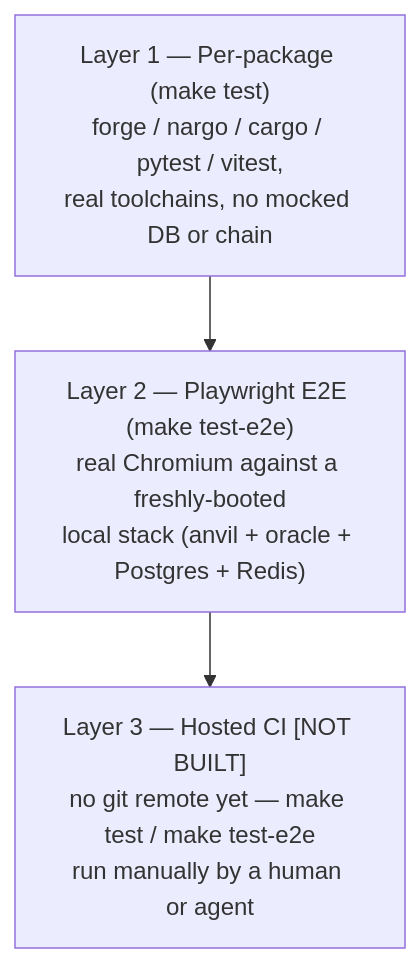
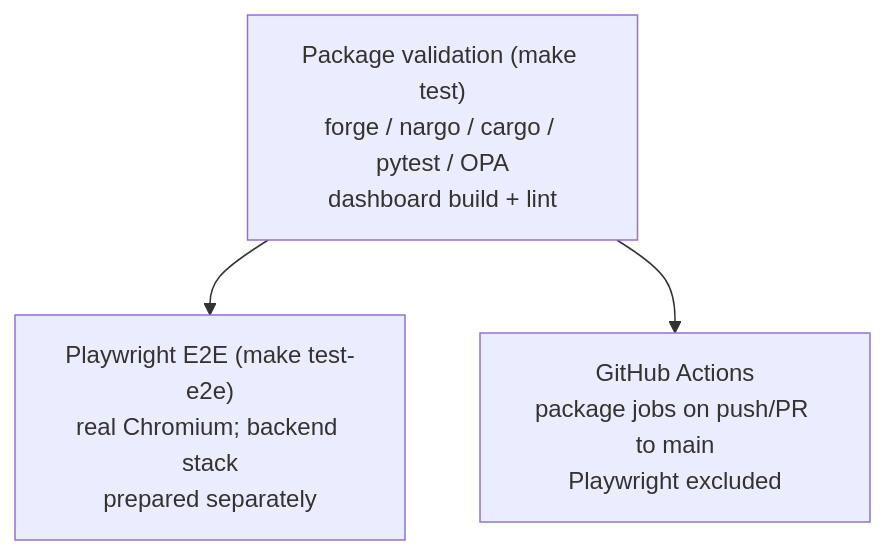
Before and after one commit to XibalbaTechSol/integrity-core: the diagram in docs/wiki/concepts/testing-strategy.md, drawn with Mermaid. The commit also changed other lines of this file and 43 other files, not shown here.

````diff
--- a/docs/wiki/concepts/testing-strategy.md
+++ b/docs/wiki/concepts/testing-strategy.md
@@ -30,8 +31,9 @@
 ```mermaid
 flowchart TB
-    L1["Layer 1 — Per-package (make test)<br/>forge / nargo / cargo / pytest / vitest,<br/>real toolchains, no mocked DB or chain"]
-    L2["Layer 2 — Playwright E2E (make test-e2e)<br/>real Chromium against a freshly-booted<br/>local stack (anvil + oracle + Postgres + Redis)"]
-    L3["Layer 3 — Hosted CI [NOT BUILT]<br/>no git remote yet — make test / make test-e2e<br/>run manually by a human or agent"]
+    L1["Package validation (make test)<br/>forge / nargo / cargo / pytest / OPA<br/>dashboard build + lint"]
+    L2["Playwright E2E (make test-e2e)<br/>real Chromium; backend stack<br/>prepared separately"]
+    L3["GitHub Actions<br/>package jobs on push/PR to main<br/>Playwright excluded"]
 
-    L1 --> L2 --> L3
+    L1 --> L2
+    L1 --> L3
 ```
````
